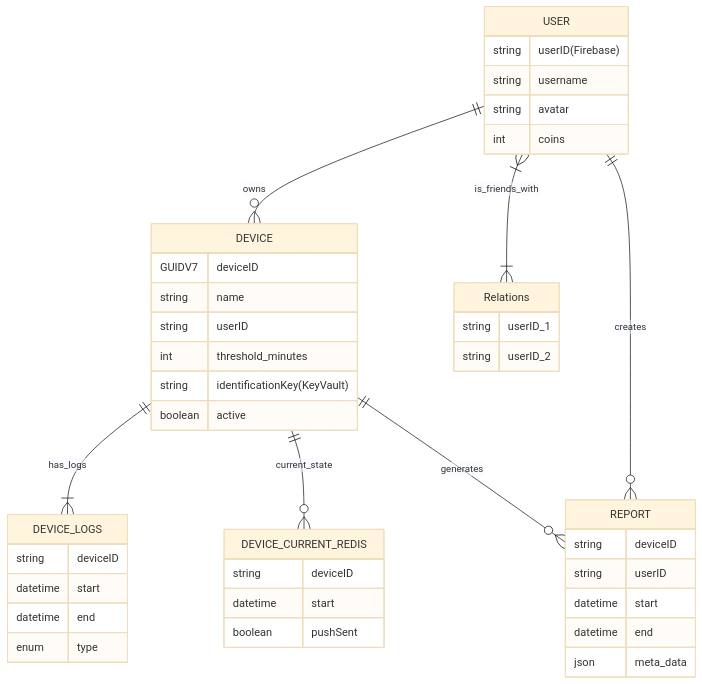
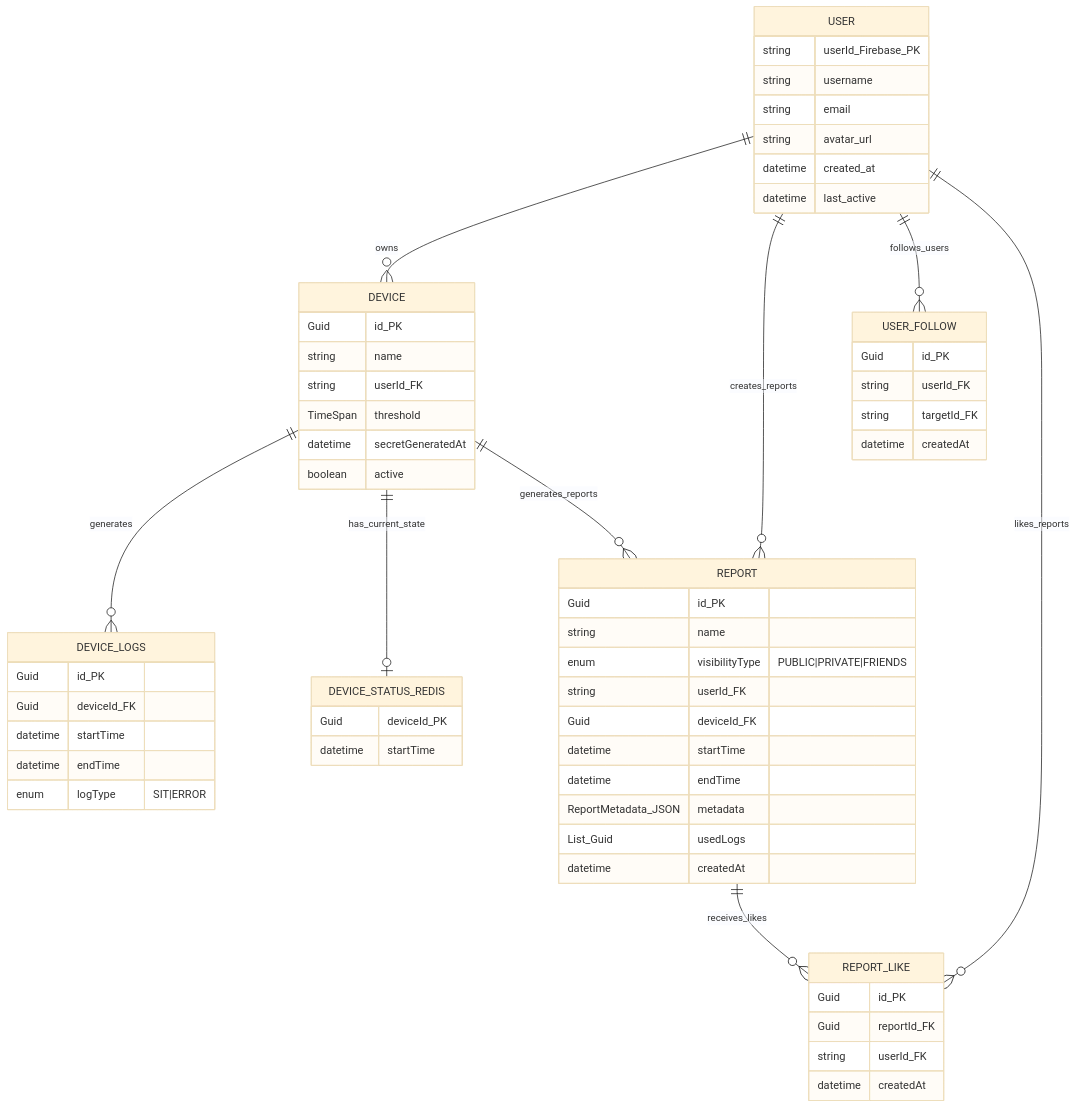
Before and after one commit to Back-Buddy/Backend: the second of 3 diagrams in README.md, drawn with Mermaid (base theme). The commit also changed other lines of this file, not shown here.

````diff
--- a/README.md
+++ b/README.md
@@ -64,52 +216,70 @@
 ```mermaid
-   erDiagram
+erDiagram
     USER {
-        string userID(Firebase)
+        string userId_Firebase_PK
         string username
-        string avatar
-        int coins
+        string email
+        string avatar_url
+        datetime created_at
+        datetime last_active
     }
 
     DEVICE {
-        GUIDV7 deviceID
+        Guid id_PK
         string name
-        string userID
-        int threshold_minutes
-        string identificationKey(KeyVault)
+        string userId_FK
+        TimeSpan threshold
+        datetime secretGeneratedAt
         boolean active
     }
 
     DEVICE_LOGS {
-        string deviceID
-        datetime start
-        datetime end
-        enum type
+        Guid id_PK
+        Guid deviceId_FK
+        datetime startTime
+        datetime endTime
+        enum logType "SIT|ERROR"
     }
 
-    DEVICE_CURRENT_REDIS {
-        string deviceID
-        datetime start
-        boolean pushSent
+    DEVICE_STATUS_REDIS {
+        Guid deviceId_PK
+        datetime startTime
     }
 
     REPORT {
-        string deviceID
-        string userID
-        datetime start
-        datetime end
-        json meta_data
+        Guid id_PK
+        string name
+        enum visibilityType "PUBLIC|PRIVATE|FRIENDS"
+        string userId_FK
+        Guid deviceId_FK
+        datetime startTime
+        datetime endTime
+        ReportMetadata_JSON metadata
+        List_Guid usedLogs
+        datetime createdAt
     }
 
-    Relations {
-        string userID_1
-        string userID_2
+    REPORT_LIKE {
+        Guid id_PK
+        Guid reportId_FK
+        string userId_FK
+        datetime createdAt
     }
 
-    %% Beziehungen %%
-    USER  ||--o{  DEVICE                : owns
-    DEVICE||--|{  DEVICE_LOGS           : has_logs
-    DEVICE||--o{  DEVICE_CURRENT_REDIS  : current_state
-    DEVICE||--o{  REPORT                : generates
-    USER  ||--o{  REPORT                : creates
-    USER  }|--|{  Relations             : is_friends_with
+    USER_FOLLOW {
+        Guid id_PK
+        string userId_FK
+        string targetId_FK
+        datetime createdAt
+    }
+
+    %% Relationships
+    USER ||--o{ DEVICE : "owns"
+    DEVICE ||--o{ DEVICE_LOGS : "generates"
+    DEVICE ||--o| DEVICE_STATUS_REDIS : "has_current_state"
+    DEVICE ||--o{ REPORT : "generates_reports"
+    USER ||--o{ REPORT : "creates_reports"
+    USER ||--o{ USER_FOLLOW : "follows_users"
+    USER ||--o{ REPORT_LIKE : "likes_reports"
+    REPORT ||--o{ REPORT_LIKE : "receives_likes"
 ```
````
